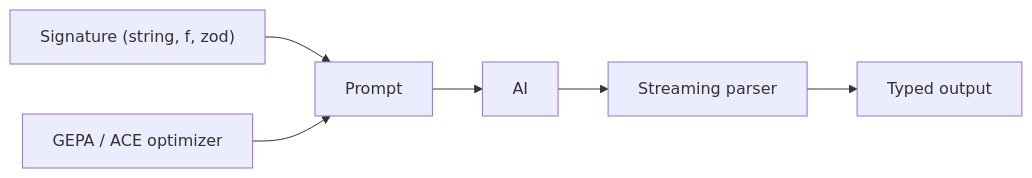
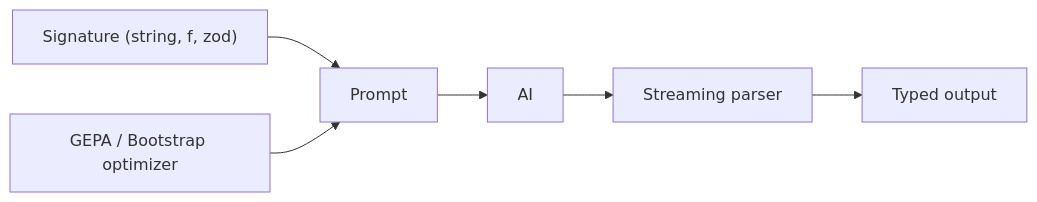
One commit to ax-llm/ax changed the first of 2 diagrams in README.md. Above: the diagram before and after it, drawn with Mermaid. The commit also changed other lines of this file and 187 other files, not shown here.

````diff
--- a/README.md
+++ b/README.md
@@ -16,8 +16,8 @@
 ```mermaid
 flowchart LR
   S["Signature (string, f, zod)"] --> P["Prompt"]
   P --> AI["AI"]
   AI --> R["Streaming parser"]
   R --> O["Typed output"]
-  X["GEPA / ACE optimizer"] --> P
+  X["GEPA / Bootstrap optimizer"] --> P
 ```
````
